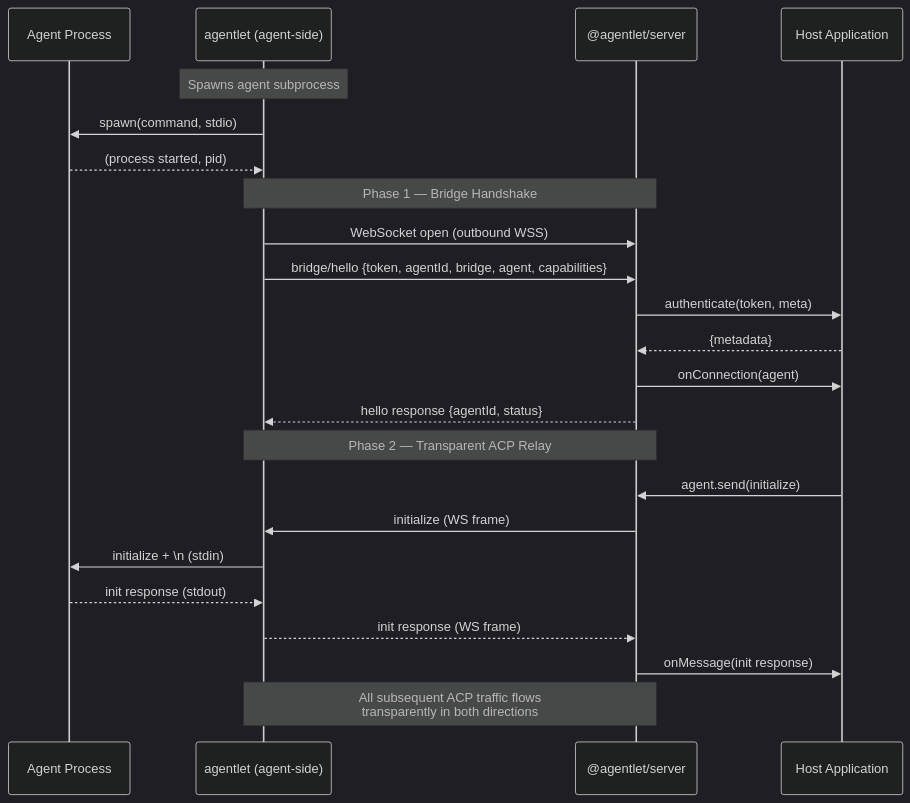
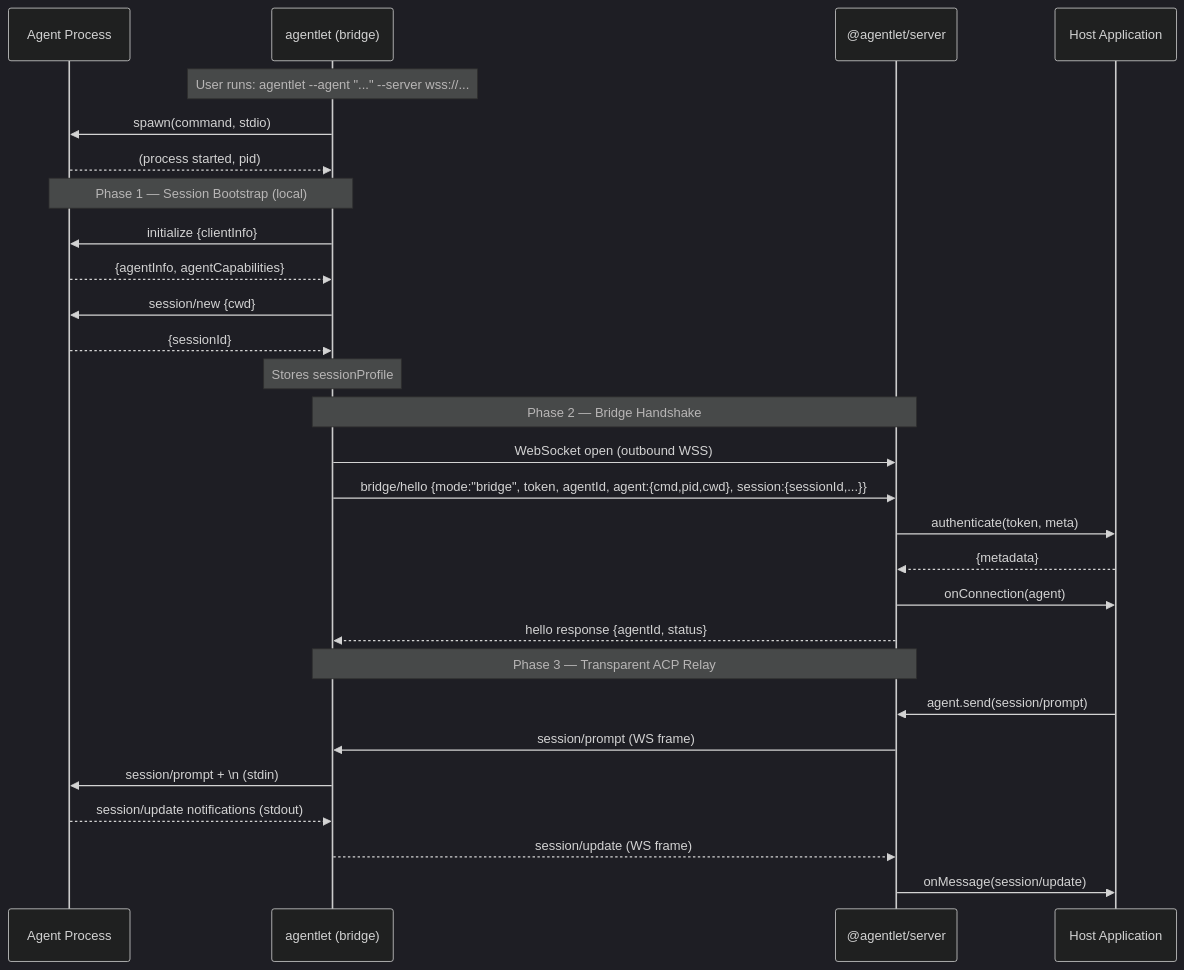
Before and after one commit to microsoft/Huabu: the second of 4 diagrams in README.md, drawn with Mermaid (dark theme). The commit also changed other lines of this file and 26 other files, not shown here.

````diff
--- a/README.md
+++ b/README.md
@@ -671,29 +804,34 @@
 ```mermaid
 sequenceDiagram
     participant Agent as Agent Process
-    participant Local as agentlet (agent-side)
+    participant Local as agentlet (bridge)
     participant GW as @agentlet/server
     participant App as Host Application
 
-    Note over Local: Spawns agent subprocess
+    Note over Local: User runs: agentlet --agent "..." --server wss://...
     Local->>Agent: spawn(command, stdio)
     Agent-->>Local: (process started, pid)
 
-    Note over Local,GW: Phase 1 — Bridge Handshake
+    Note over Local,Agent: Phase 1 — Session Bootstrap (local)
+    Local->>Agent: initialize {clientInfo}
+    Agent-->>Local: {agentInfo, agentCapabilities}
+    Local->>Agent: session/new {cwd}
+    Agent-->>Local: {sessionId}
+    Note over Local: Stores sessionProfile
+
+    Note over Local,GW: Phase 2 — Bridge Handshake
     Local->>GW: WebSocket open (outbound WSS)
-    Local->>GW: bridge/hello {token, agentId, bridge, agent, capabilities}
+    Local->>GW: bridge/hello {mode:"bridge", token, agentId, agent:{cmd,pid,cwd}, session:{sessionId,...}}
     GW->>App: authenticate(token, meta)
     App-->>GW: {metadata}
     GW->>App: onConnection(agent)
     GW-->>Local: hello response {agentId, status}
 
-    Note over Local,GW: Phase 2 — Transparent ACP Relay
-    App->>GW: agent.send(initialize)
-    GW->>Local: initialize (WS frame)
-    Local->>Agent: initialize + \n (stdin)
-    Agent-->>Local: init response (stdout)
-    Local-->>GW: init response (WS frame)
-    GW->>App: onMessage(init response)
-
-    Note over Local,GW: All subsequent ACP traffic flows<br/>transparently in both directions
+    Note over Local,GW: Phase 3 — Transparent ACP Relay
+    App->>GW: agent.send(session/prompt)
+    GW->>Local: session/prompt (WS frame)
+    Local->>Agent: session/prompt + \n (stdin)
+    Agent-->>Local: session/update notifications (stdout)
+    Local-->>GW: session/update (WS frame)
+    GW->>App: onMessage(session/update)
 ```
````
